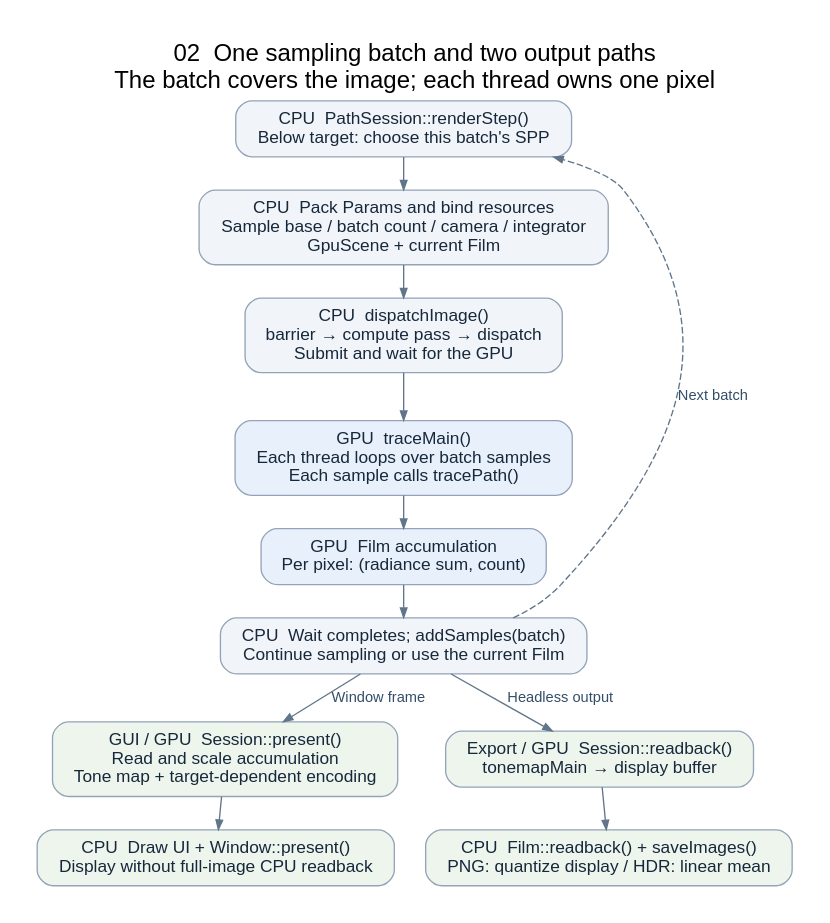
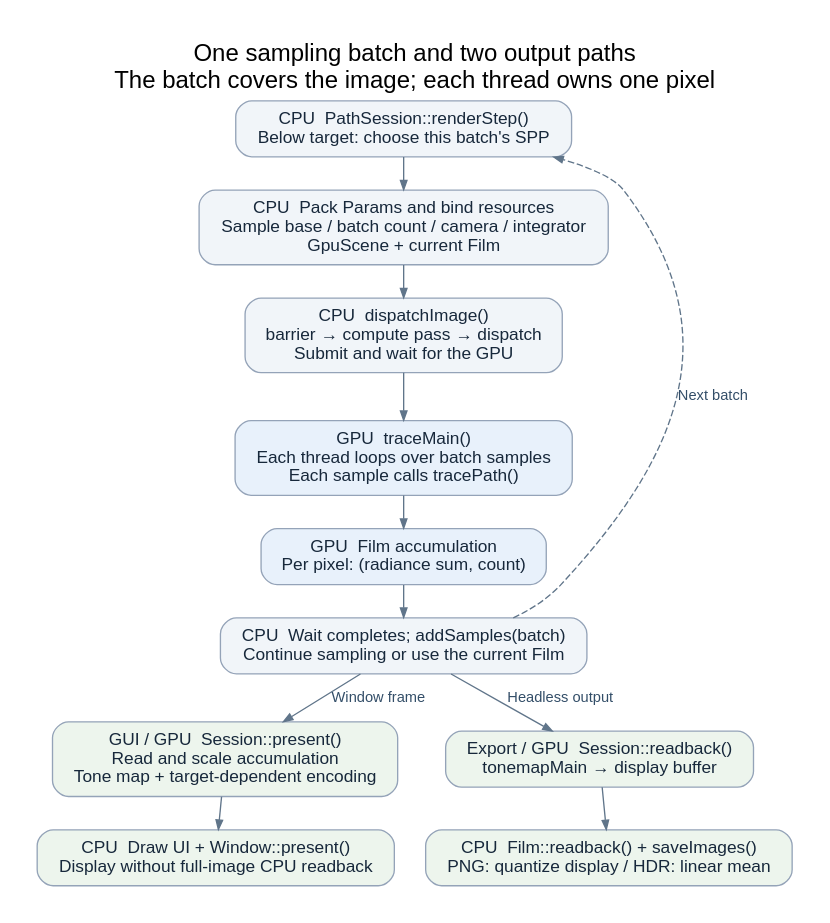
Before and after one commit to ippqw5/snr: the diagram in docs/diagrams/sample-batch.dot, drawn with Graphviz. The commit also changed 18 other files, not shown here.

Commit message:
docs: reorganize architecture into a progressive reading path

```diff
--- a/docs/diagrams/sample-batch.dot
+++ b/docs/diagrams/sample-batch.dot
@@ -1,25 +1,25 @@
 digraph sample_batch {
   graph [rankdir=TB, bgcolor="#ffffff", pad=0.28, nodesep=0.32, ranksep=0.34,
          fontname="Arial", fontsize=18, labelloc=t,
-         label="02  One sampling batch and two output paths\nThe batch covers the image; each thread owns one pixel"];
+         label="One sampling batch and two output paths\nThe batch covers the image; each thread owns one pixel"];
   node [shape=box, style="rounded,filled", fillcolor="#f1f5f9", color="#94a3b8",
         fontcolor="#17283b", fontname="Arial", fontsize=13, margin="0.16,0.10"];
   edge [color="#60758a", fontcolor="#334e68", fontname="Arial", fontsize=11, arrowsize=0.7];
   step [label="CPU  PathSession::renderStep()\nBelow target: choose this batch's SPP"];
   params [label="CPU  Pack Params and bind resources\nSample base / batch count / camera / integrator\nGpuScene + current Film"];
   dispatch [label="CPU  dispatchImage()\nbarrier → compute pass → dispatch\nSubmit and wait for the GPU"];
   trace [label="GPU  traceMain()\nEach thread loops over batch samples\nEach sample calls tracePath()", fillcolor="#e8f1fb"];
   film [label="GPU  Film accumulation\nPer pixel: (radiance sum, count)", fillcolor="#e8f1fb"];
   count [label="CPU  Wait completes; addSamples(batch)\nContinue sampling or use the current Film"];
   window [label="GUI / GPU  Session::present()\nRead and scale accumulation\nTone map + target-dependent encoding", fillcolor="#edf5ed"];
   export [label="Export / GPU  Session::readback()\ntonemapMain → display buffer", fillcolor="#edf5ed"];
   screen [label="CPU  Draw UI + Window::present()\nDisplay without full-image CPU readback", fillcolor="#edf5ed"];
   files [label="CPU  Film::readback() + saveImages()\nPNG: quantize display / HDR: linear mean", fillcolor="#edf5ed"];
   step -> params -> dispatch -> trace -> film -> count;
   count -> step [style=dashed, label="Next batch", constraint=false];
   count -> window [label="Window frame"];
   count -> export [label="Headless output"];
   {rank=same; window; export;}
   window -> screen;
   export -> files;
 }
```
